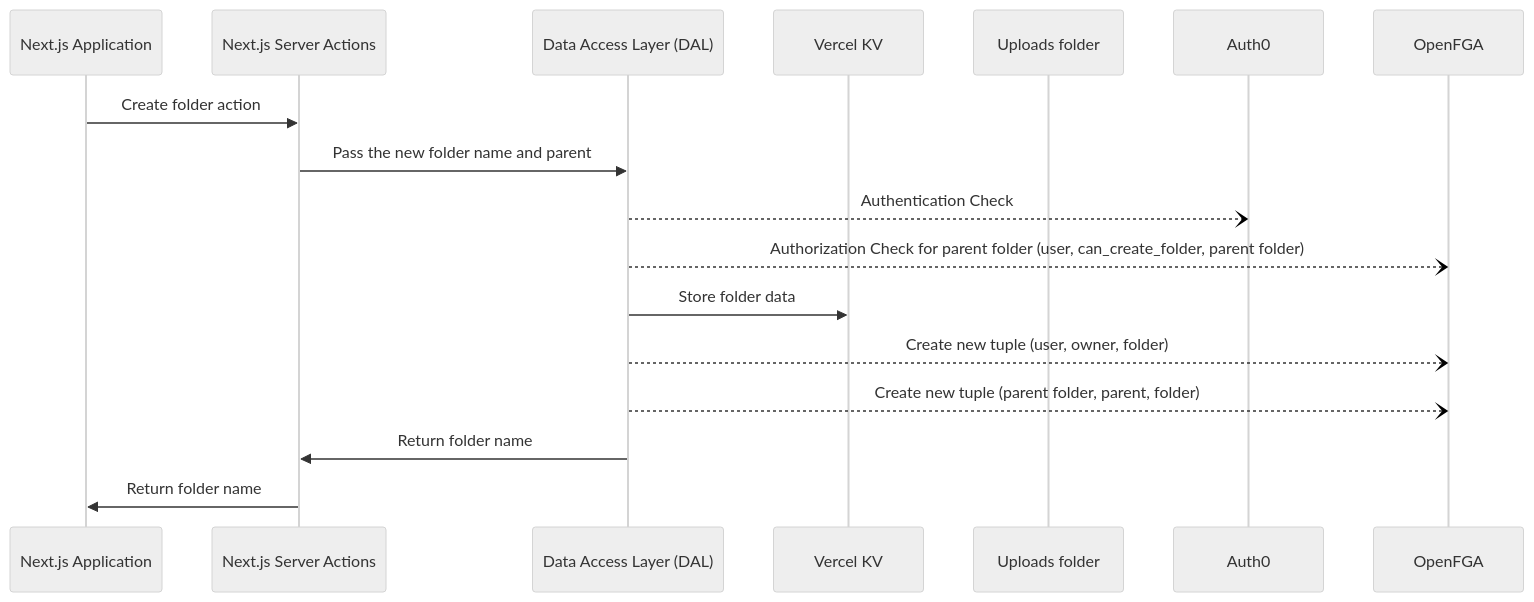
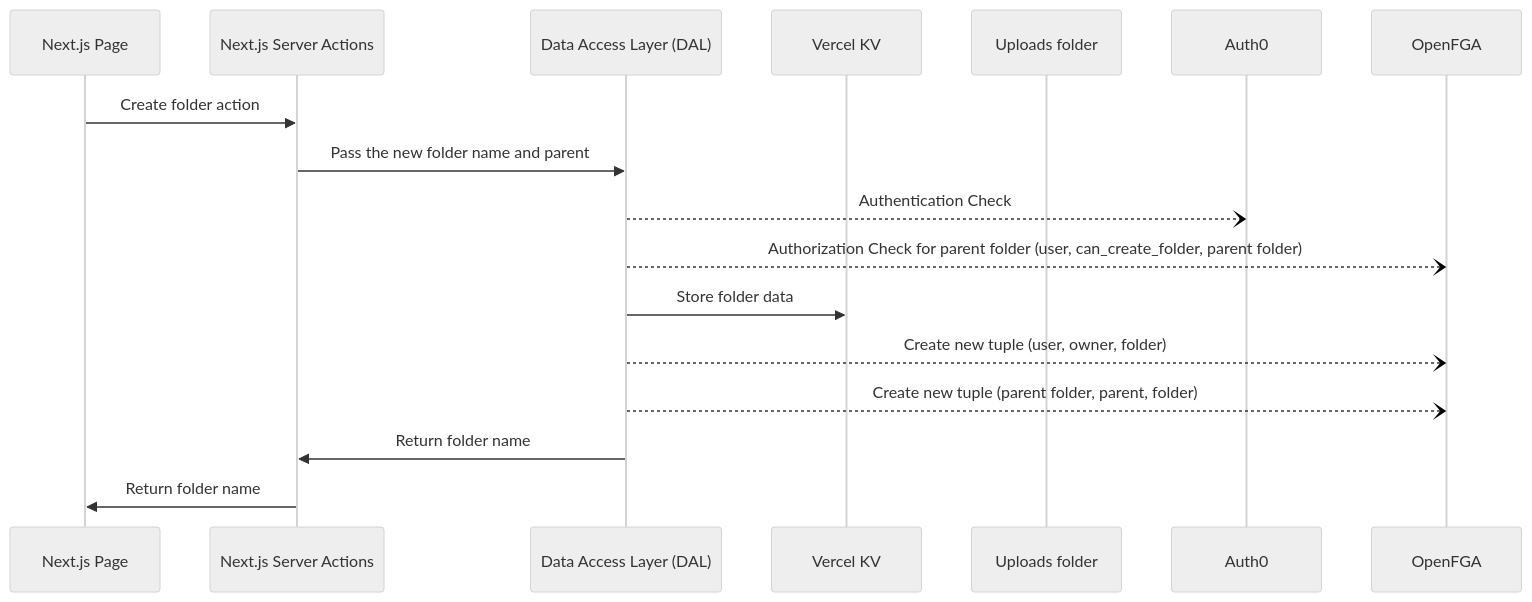
Before and after one commit to oktadev/fga-drive-example: the seventh of 8 diagrams in README.md, drawn with Mermaid (neutral theme). The commit also changed other lines of this file, not shown here.

Commit message:
Fix architecture schemas in the readme

````diff
--- a/README.md
+++ b/README.md
@@ -325,19 +323,19 @@
 ```mermaid
 sequenceDiagram;
-  participant Next.js Application
+  participant Next.js Page
   participant Next.js Server Actions
   participant Data Access Layer (DAL)
   participant Vercel KV
   participant Uploads folder
   participant Auth0
   participant OpenFGA
-  Next.js Application->>Next.js Server Actions: Create folder action
+  Next.js Page->>Next.js Server Actions: Create folder action
   Next.js Server Actions->>Data Access Layer (DAL): Pass the new folder name and  parent
   Data Access Layer (DAL)--)Auth0: Authentication Check
   Data Access Layer (DAL)--)OpenFGA: Authorization Check for parent folder (user, can_create_folder, parent folder)
   Data Access Layer (DAL)->>Vercel KV: Store folder data
   Data Access Layer (DAL)--)OpenFGA: Create new tuple (user, owner, folder)
   Data Access Layer (DAL)--)OpenFGA: Create new tuple (parent folder, parent, folder)
   Data Access Layer (DAL)->>Next.js Server Actions: Return folder name
-  Next.js Server Actions->>Next.js Application: Return folder name
+  Next.js Server Actions->>Next.js Page: Return folder name
 ```
````
